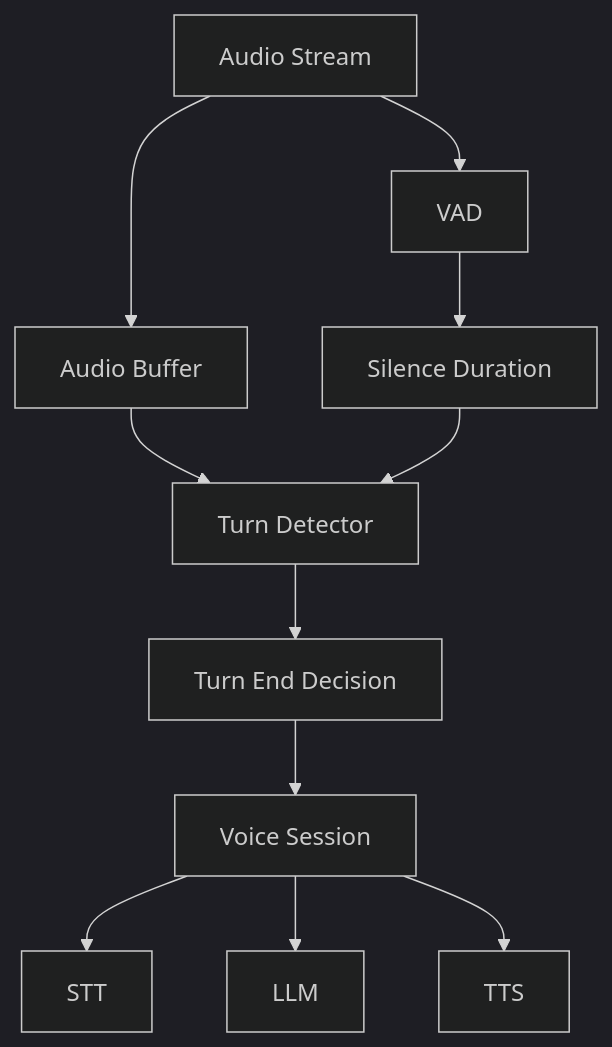
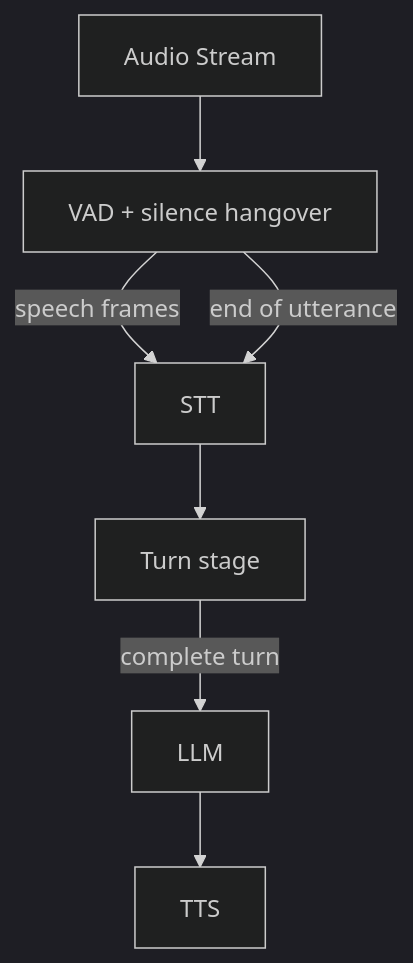
One commit to lookatitude/beluga-website changed the diagram in src/content/docs/docs/guides/capabilities/voice/low-latency-prediction.md. Above: the diagram before and after it, drawn with Mermaid (dark theme). The commit also changed other lines of this file and 474 other files, not shown here.

````diff
--- a/src/content/docs/docs/guides/capabilities/voice/low-latency-prediction.md
+++ b/src/content/docs/docs/guides/capabilities/voice/low-latency-prediction.md
@@ -17,13 +17,9 @@
 ```mermaid
 graph TB
-    Audio[Audio Stream] --> VAD[VAD]
-    VAD --> Silence[Silence Duration]
-    Audio --> Buffer[Audio Buffer]
-    Buffer --> TD[Turn Detector]
-    Silence --> TD
-    TD --> Decision[Turn End Decision]
-    Decision --> Session[Voice Session]
-    Session --> STT[STT]
-    Session --> LLM[LLM]
-    Session --> TTS[TTS]
+    Audio[Audio Stream] --> VAD[VAD + silence hangover]
+    VAD -->|speech frames| STT[STT]
+    VAD -->|end of utterance| STT
+    STT --> TD[Turn stage]
+    TD -->|complete turn| LLM[LLM]
+    LLM --> TTS[TTS]
 ```
````
